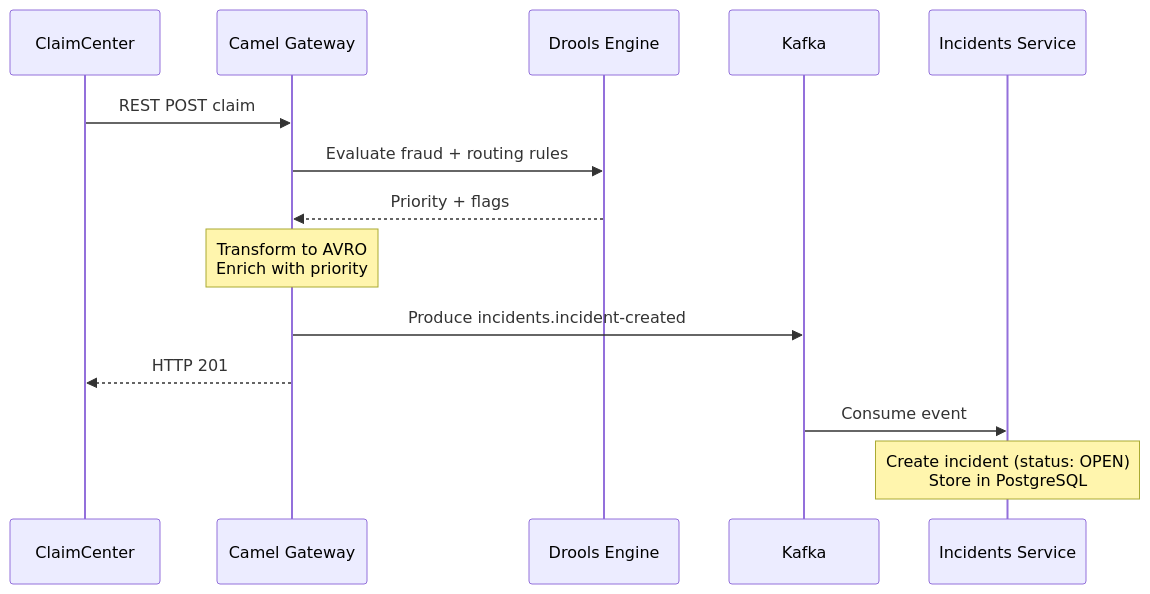
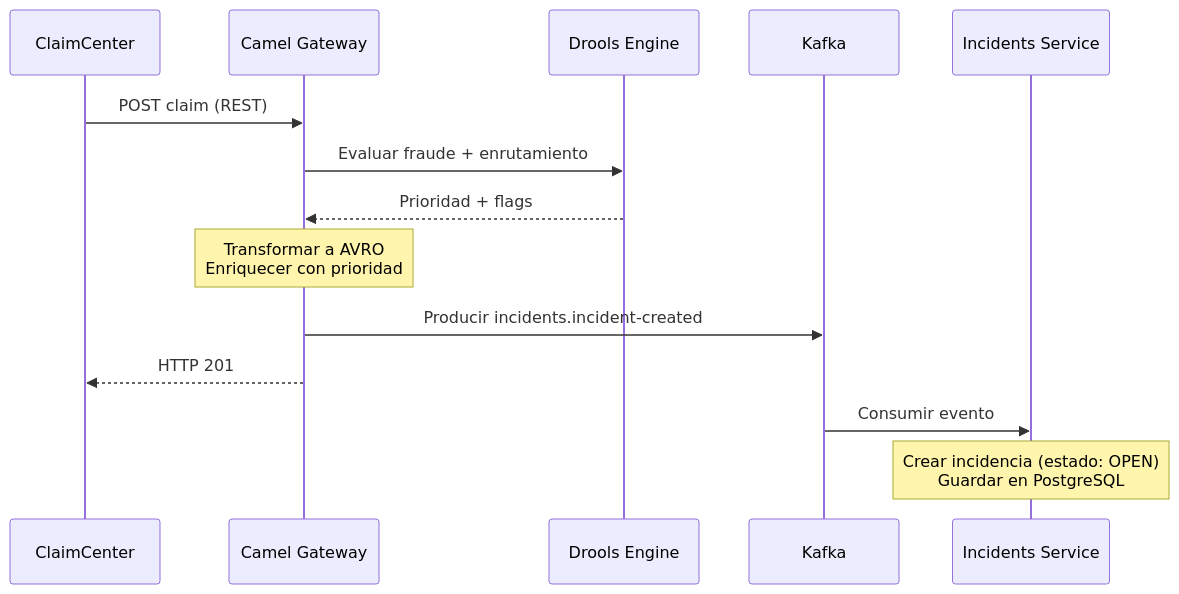
The fourth of 7 diagrams in openspecs/docs/architecture/README.md (monghithub/guidewire), drawn with Mermaid before and after one commit. The commit also changed other lines of this file and 21 other files, not shown here.

````diff
--- a/openspecs/docs/architecture/README.md
+++ b/openspecs/docs/architecture/README.md
@@ -208,17 +196,17 @@
 ```mermaid
 sequenceDiagram
     participant CC as ClaimCenter
     participant CG as Camel Gateway
     participant DR as Drools Engine
     participant KF as Kafka
     participant IS as Incidents Service
 
-    CC->>CG: REST POST claim
-    CG->>DR: Evaluate fraud + routing rules
-    DR-->>CG: Priority + flags
-    Note over CG: Transform to AVRO<br/>Enrich with priority
-    CG->>KF: Produce incidents.incident-created
+    CC->>CG: POST claim (REST)
+    CG->>DR: Evaluar fraude + enrutamiento
+    DR-->>CG: Prioridad + flags
+    Note over CG: Transformar a AVRO<br/>Enriquecer con prioridad
+    CG->>KF: Producir incidents.incident-created
     CG-->>CC: HTTP 201
-    KF->>IS: Consume event
-    Note over IS: Create incident (status: OPEN)<br/>Store in PostgreSQL
+    KF->>IS: Consumir evento
+    Note over IS: Crear incidencia (estado: OPEN)<br/>Guardar en PostgreSQL
 ```
````
